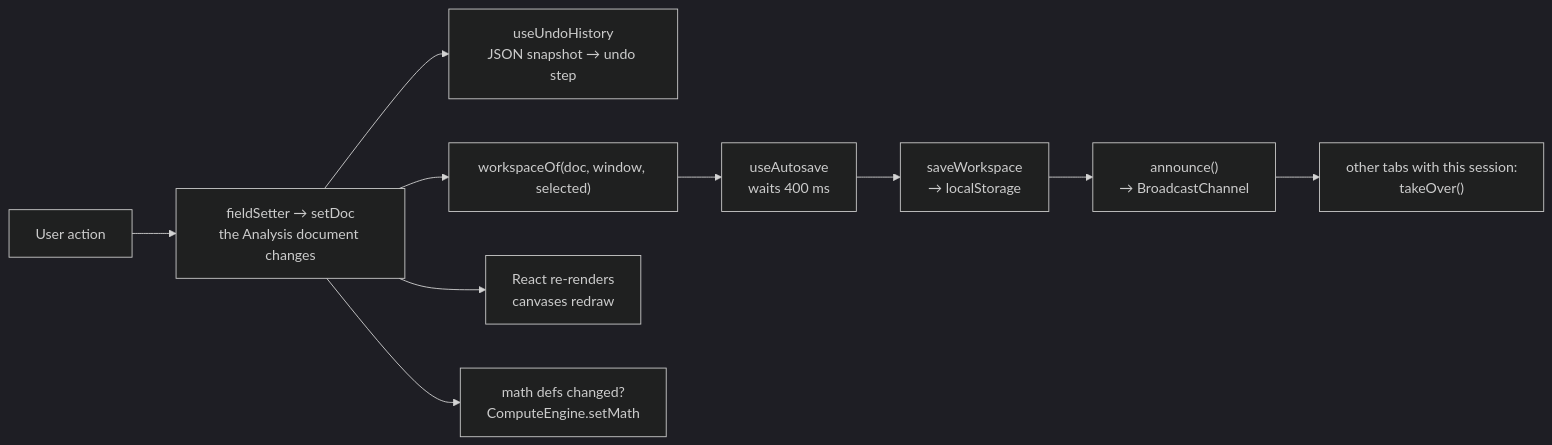
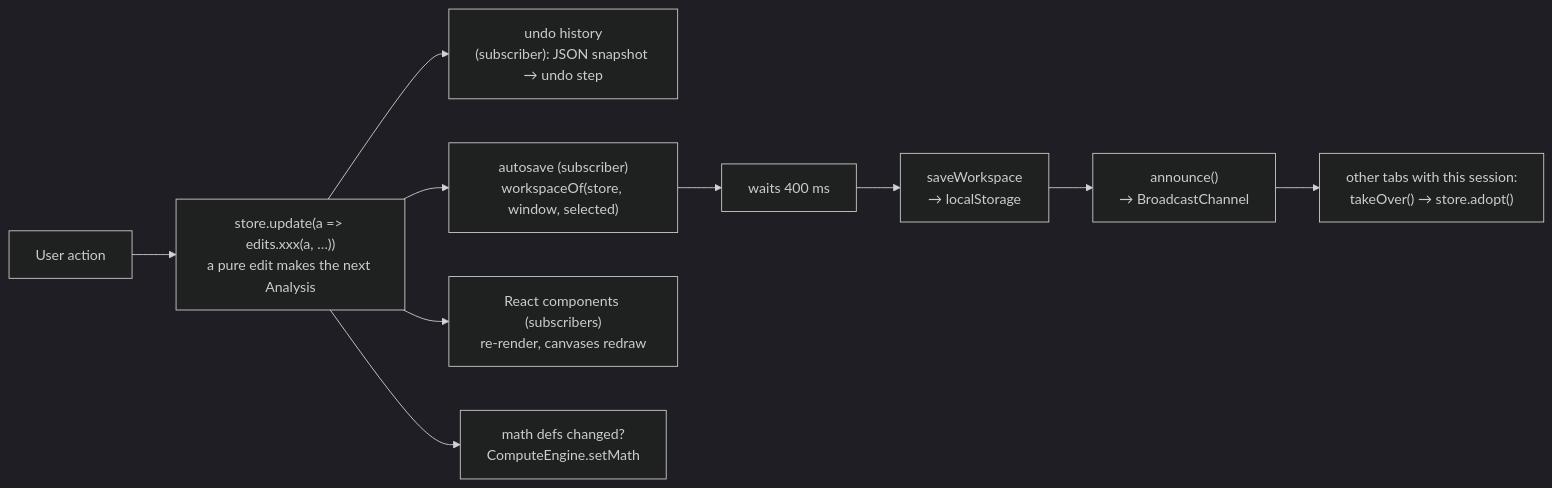
One commit to TeodorSameisky/SCOPE_VIEWER changed the fourth of 4 diagrams in docs/architecture.md. Above: the diagram before and after it, drawn with Mermaid (dark theme). The commit also changed other lines of this file and 19 other files, not shown here.

````diff
--- a/docs/architecture.md
+++ b/docs/architecture.md
@@ -184,12 +184,12 @@
 ```mermaid
 flowchart LR
-  A["User action"] --> B["fieldSetter → setDoc<br/>the Analysis document changes"]
-  B --> C["useUndoHistory<br/>JSON snapshot → undo step"]
-  B --> D["workspaceOf(doc, window, selected)"]
-  D --> E["useAutosave<br/>waits 400 ms"]
+  A["User action"] --> B["store.update(a => edits.xxx(a, …))<br/>a pure edit makes the next Analysis"]
+  B --> C["undo history<br/>(subscriber): JSON snapshot → undo step"]
+  B --> D["autosave (subscriber)<br/>workspaceOf(store, window, selected)"]
+  D --> E["waits 400 ms"]
   E --> F["saveWorkspace<br/>→ localStorage"]
   F --> G["announce()<br/>→ BroadcastChannel"]
-  G --> H["other tabs with this session:<br/>takeOver()"]
-  B --> I["React re-renders<br/>canvases redraw"]
+  G --> H["other tabs with this session:<br/>takeOver() → store.adopt()"]
+  B --> I["React components (subscribers)<br/>re-render, canvases redraw"]
   B --> J["math defs changed?<br/>ComputeEngine.setMath"]
 ```
````
